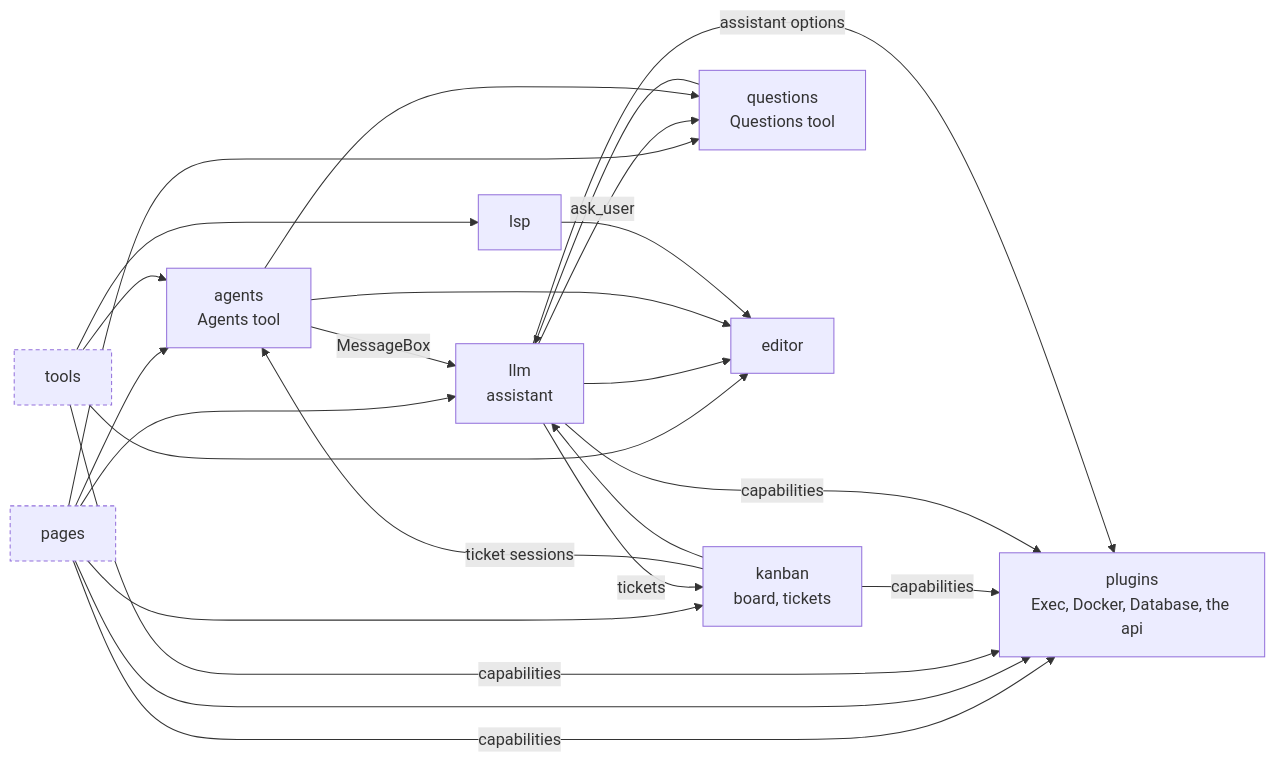
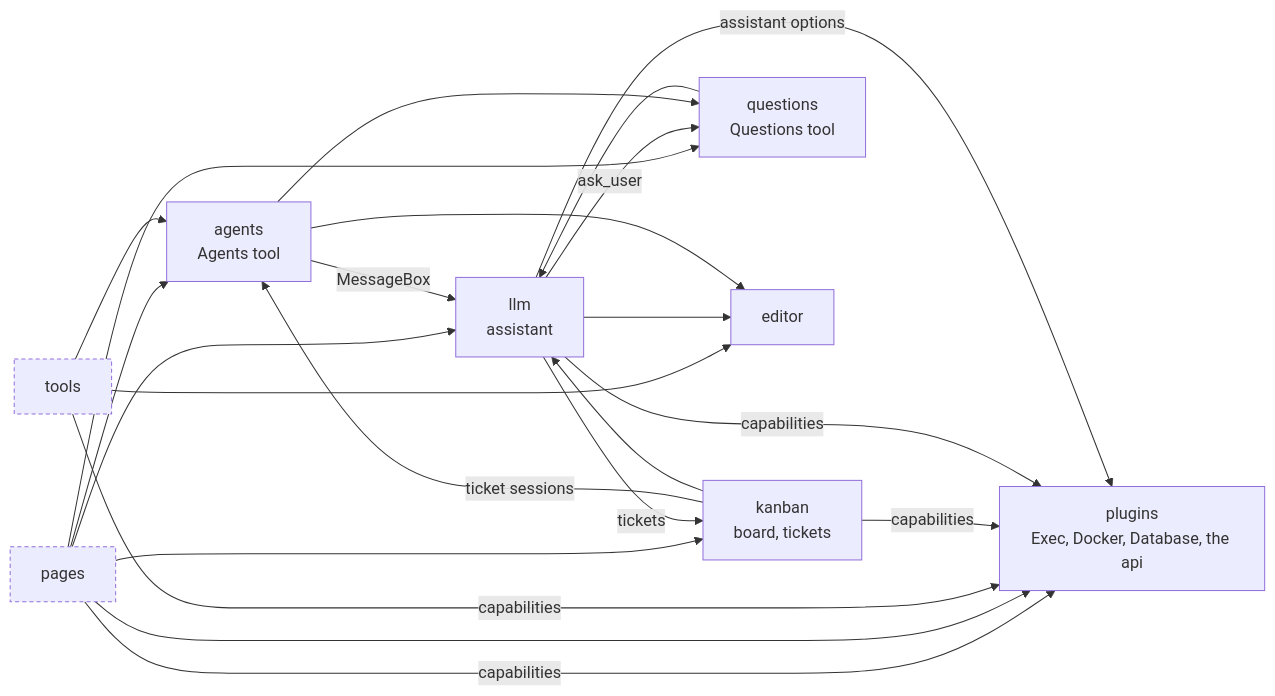
The second of 2 diagrams in web/src/README.md (DrSmithFr/web-ide), drawn with Mermaid before and after one commit. The commit also changed other lines of this file and 38 other files, not shown here.

````diff
--- a/web/src/README.md
+++ b/web/src/README.md
@@ -43,37 +39,34 @@
 ```mermaid
 flowchart LR
   pages["pages"]
   tools["tools"]
   kanban["kanban<br/>board, tickets"]
   llm["llm<br/>assistant"]
   agents["agents<br/>Agents tool"]
   questions["questions<br/>Questions tool"]
   plugins["plugins<br/>Exec, Docker, Database, the api"]
   editor["editor"]
-  lsp["lsp"]
   pages --> agents
   pages -->|"capabilities"| plugins
   pages --> plugins
   pages --> kanban
   pages --> llm
   pages --> questions
   tools --> agents
   tools -->|"capabilities"| plugins
   tools --> editor
-  tools --> lsp
   kanban -->|"ticket sessions"| agents
   kanban -->|"capabilities"| plugins
   kanban --> llm
   llm -->|"capabilities"| plugins
   llm -->|"assistant options"| plugins
   llm --> editor
   llm -->|"tickets"| kanban
   llm -->|"ask_user"| questions
   agents --> editor
   agents -->|"MessageBox"| llm
   agents --> questions
   questions --> llm
-  lsp --> editor
   classDef other stroke-dasharray: 4 3
   class pages,tools other
 ```
````
